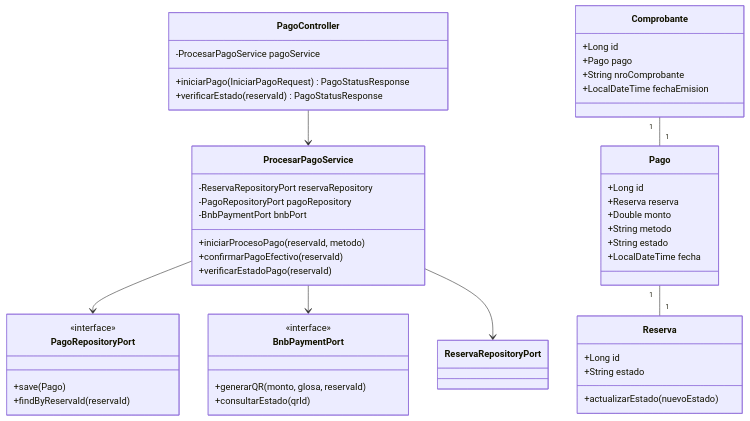
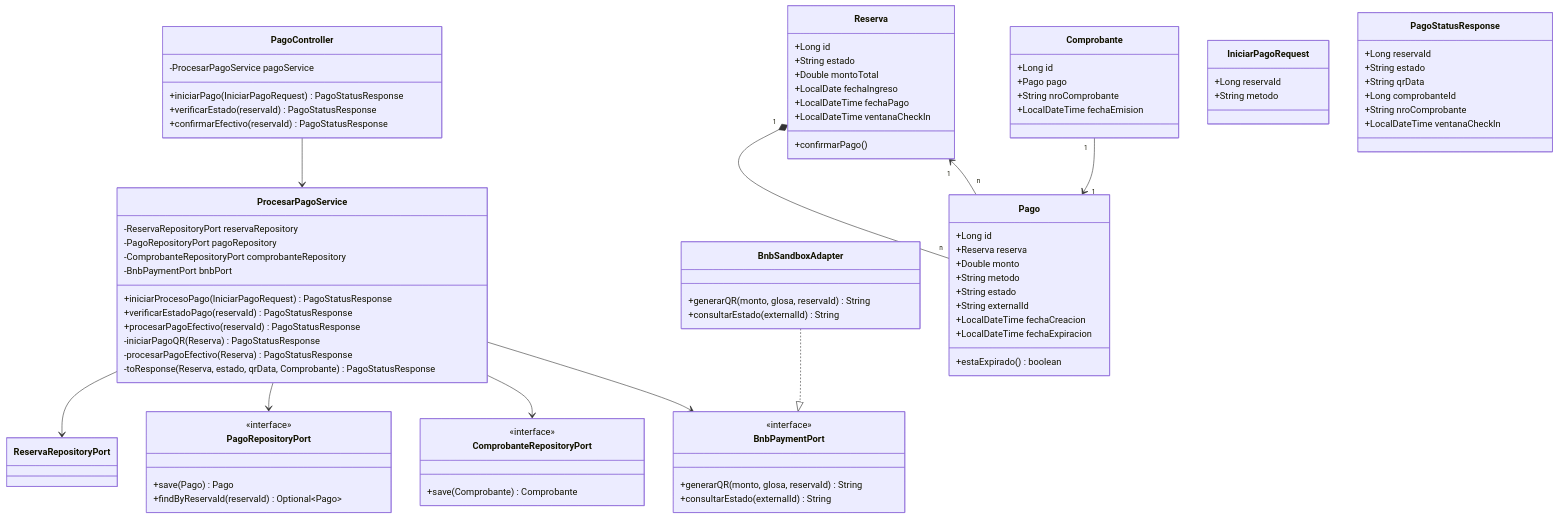
Before and after one commit to Tsmrain/GestionSistemas: the diagram in 03_Diseño/CU-03-Procesar-Pago/CU-03_Clases_Diseño.mmd, drawn with Mermaid. The commit also changed 12 other files, not shown here.

Commit message:
refactor(cu-03): low representational gap — Comprobante real, fechaPago, ventanaCheckIn, QR expiration (camino 7a), 5 tests

```diff
--- a/03_Diseño/CU-03-Procesar-Pago/CU-03_Clases_Diseño.mmd
+++ b/03_Diseño/CU-03-Procesar-Pago/CU-03_Clases_Diseño.mmd
@@ -1,56 +1,95 @@
 classDiagram
     class PagoController {
         -ProcesarPagoService pagoService
         +iniciarPago(IniciarPagoRequest) PagoStatusResponse
         +verificarEstado(reservaId) PagoStatusResponse
+        +confirmarEfectivo(reservaId) PagoStatusResponse
     }
 
     class ProcesarPagoService {
         -ReservaRepositoryPort reservaRepository
         -PagoRepositoryPort pagoRepository
+        -ComprobanteRepositoryPort comprobanteRepository
         -BnbPaymentPort bnbPort
-        +iniciarProcesoPago(reservaId, metodo)
-        +confirmarPagoEfectivo(reservaId)
-        +verificarEstadoPago(reservaId)
+        +iniciarProcesoPago(IniciarPagoRequest) PagoStatusResponse
+        +verificarEstadoPago(reservaId) PagoStatusResponse
+        +procesarPagoEfectivo(reservaId) PagoStatusResponse
+        -iniciarPagoQR(Reserva) PagoStatusResponse
+        -procesarPagoEfectivo(Reserva) PagoStatusResponse
+        -toResponse(Reserva, estado, qrData, Comprobante) PagoStatusResponse
     }
 
     class PagoRepositoryPort {
         <<interface>>
-        +save(Pago)
-        +findByReservaId(reservaId)
+        +save(Pago) Pago
+        +findByReservaId(reservaId) Optional~Pago~
+    }
+
+    class ComprobanteRepositoryPort {
+        <<interface>>
+        +save(Comprobante) Comprobante
     }
 
     class BnbPaymentPort {
         <<interface>>
-        +generarQR(monto, glosa, reservaId)
-        +consultarEstado(qrId)
+        +generarQR(monto, glosa, reservaId) String
+        +consultarEstado(externalId) String
+    }
+
+    class BnbSandboxAdapter {
+        +generarQR(monto, glosa, reservaId) String
+        +consultarEstado(externalId) String
+    }
+
+    class Reserva {
+        +Long id
+        +String estado
+        +Double montoTotal
+        +LocalDate fechaIngreso
+        +LocalDateTime fechaPago
+        +LocalDateTime ventanaCheckIn
+        +confirmarPago()
     }
 
     class Pago {
         +Long id
         +Reserva reserva
         +Double monto
         +String metodo
         +String estado
-        +LocalDateTime fecha
+        +String externalId
+        +LocalDateTime fechaCreacion
+        +LocalDateTime fechaExpiracion
+        +estaExpirado() boolean
     }
 
     class Comprobante {
         +Long id
         +Pago pago
         +String nroComprobante
         +LocalDateTime fechaEmision
     }
 
-    class Reserva {
-        +Long id
+    class IniciarPagoRequest {
+        +Long reservaId
+        +String metodo
+    }
+
+    class PagoStatusResponse {
+        +Long reservaId
         +String estado
-        +actualizarEstado(nuevoEstado)
+        +String qrData
+        +Long comprobanteId
+        +String nroComprobante
+        +LocalDateTime ventanaCheckIn
     }
 
     PagoController --> ProcesarPagoService
+    ProcesarPagoService --> ReservaRepositoryPort
     ProcesarPagoService --> PagoRepositoryPort
+    ProcesarPagoService --> ComprobanteRepositoryPort
     ProcesarPagoService --> BnbPaymentPort
-    ProcesarPagoService --> ReservaRepositoryPort
-    Pago "1" -- "1" Reserva
-    Comprobante "1" -- "1" Pago
+    BnbSandboxAdapter ..|> BnbPaymentPort
+    Pago "n" --> "1" Reserva
+    Reserva "1" *-- "n" Pago
+    Comprobante "1" --> "1" Pago
```
